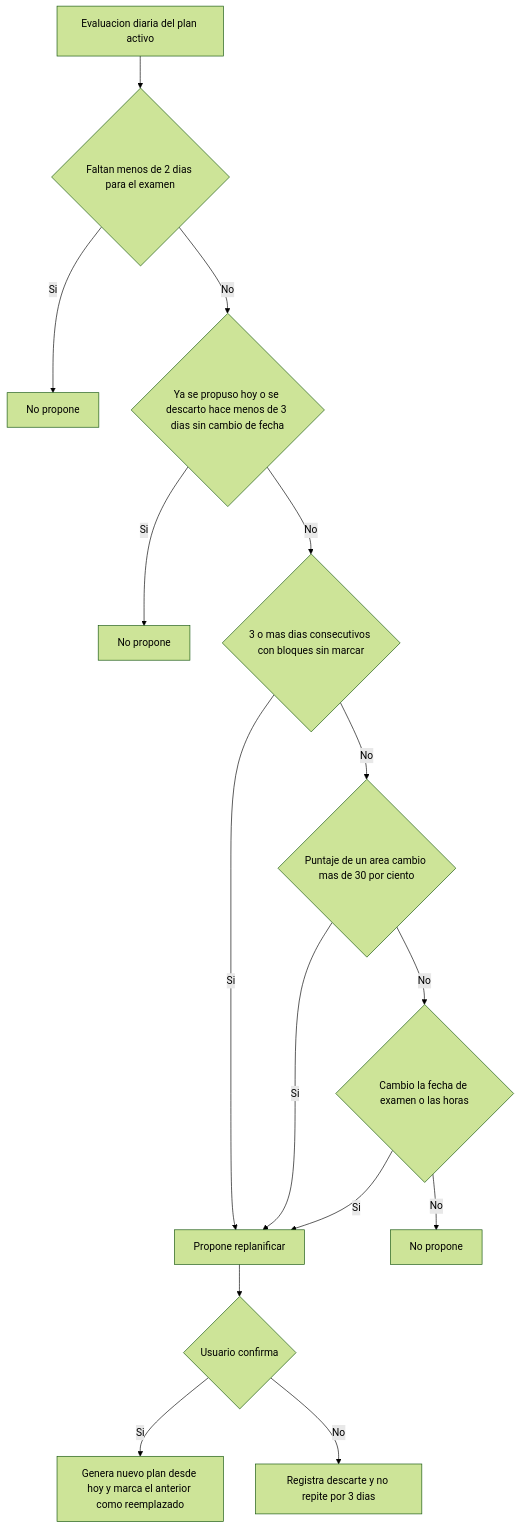
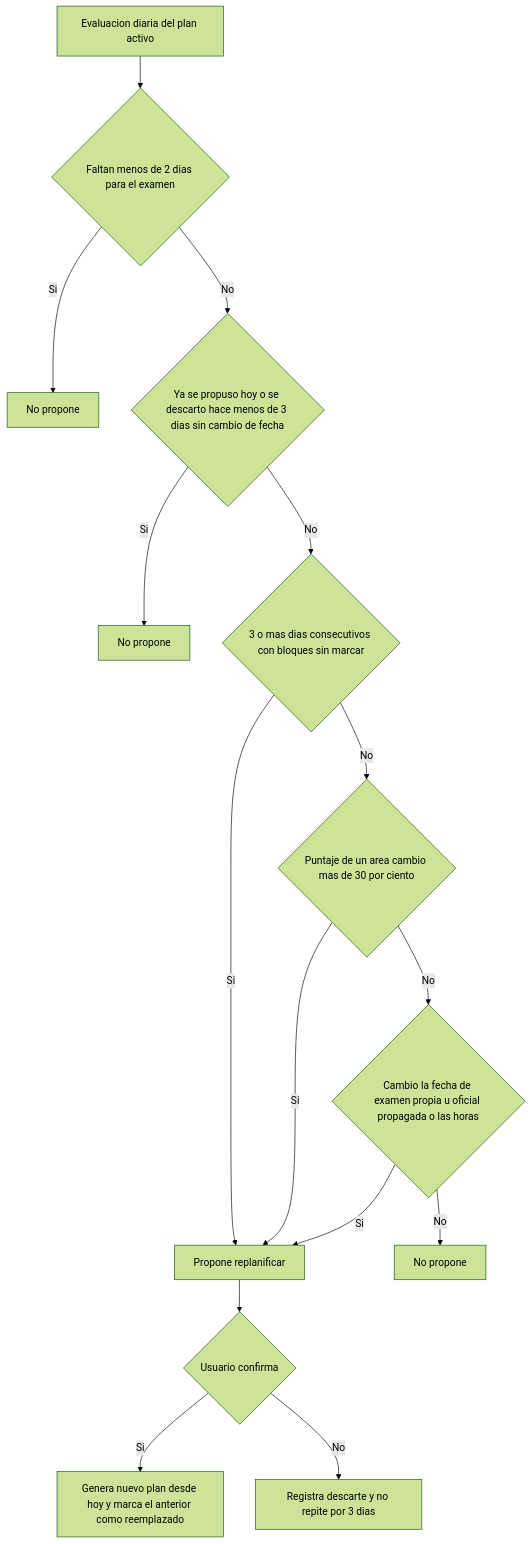
The diagram in docs/stories/serums-ia/E7-04-replanificacion.md (bacsystem/learning), drawn with Mermaid (forest theme) before and after one commit. The commit also changed other lines of this file and 33 other files, not shown here.

````diff
--- a/docs/stories/serums-ia/E7-04-replanificacion.md
+++ b/docs/stories/serums-ia/E7-04-replanificacion.md
@@ -23,17 +24,17 @@
 ```mermaid
 flowchart TD
   A[Evaluacion diaria del plan activo] --> B{Faltan menos de 2 dias para el examen}
   B -- Si --> X1[No propone]
   B -- No --> C{Ya se propuso hoy o se descarto hace menos de 3 dias sin cambio de fecha}
   C -- Si --> X2[No propone]
   C -- No --> D{3 o mas dias consecutivos con bloques sin marcar}
   D -- Si --> P[Propone replanificar]
   D -- No --> E{Puntaje de un area cambio mas de 30 por ciento}
   E -- Si --> P
-  E -- No --> F{Cambio la fecha de examen o las horas}
+  E -- No --> F{Cambio la fecha de examen propia u oficial propagada o las horas}
   F -- Si --> P
   F -- No --> X3[No propone]
   P --> G{Usuario confirma}
   G -- Si --> H[Genera nuevo plan desde hoy y marca el anterior como reemplazado]
   G -- No --> I[Registra descarte y no repite por 3 dias]
 ```
````
